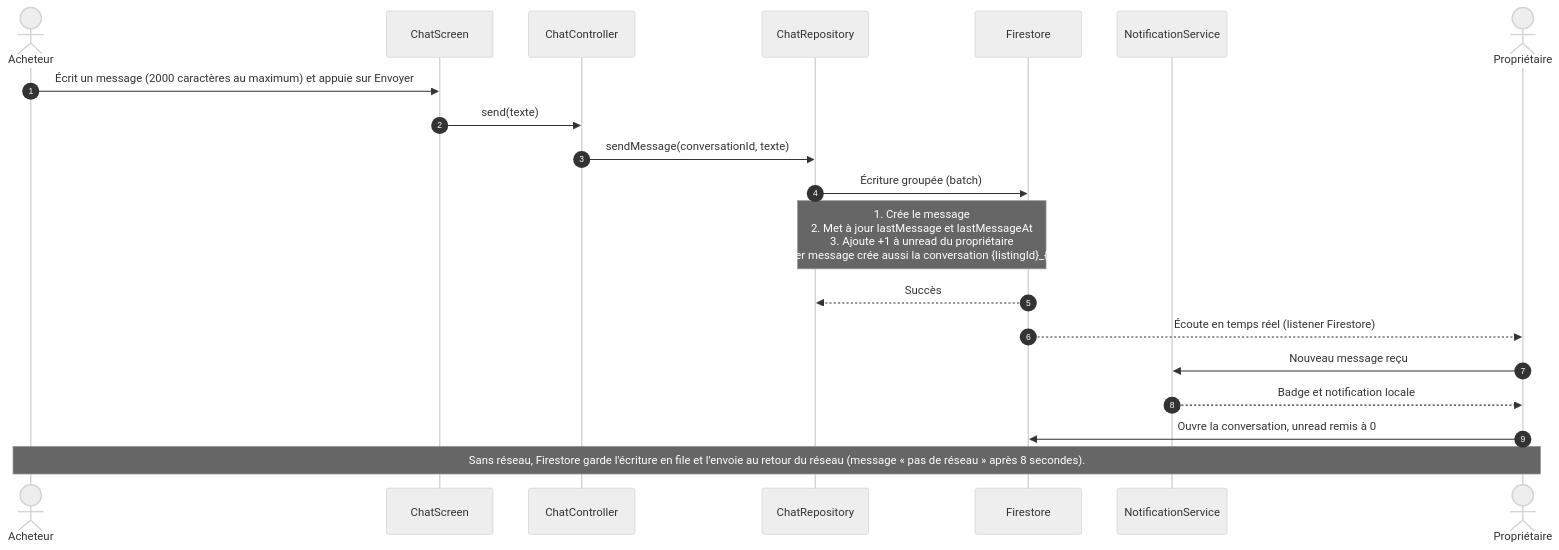
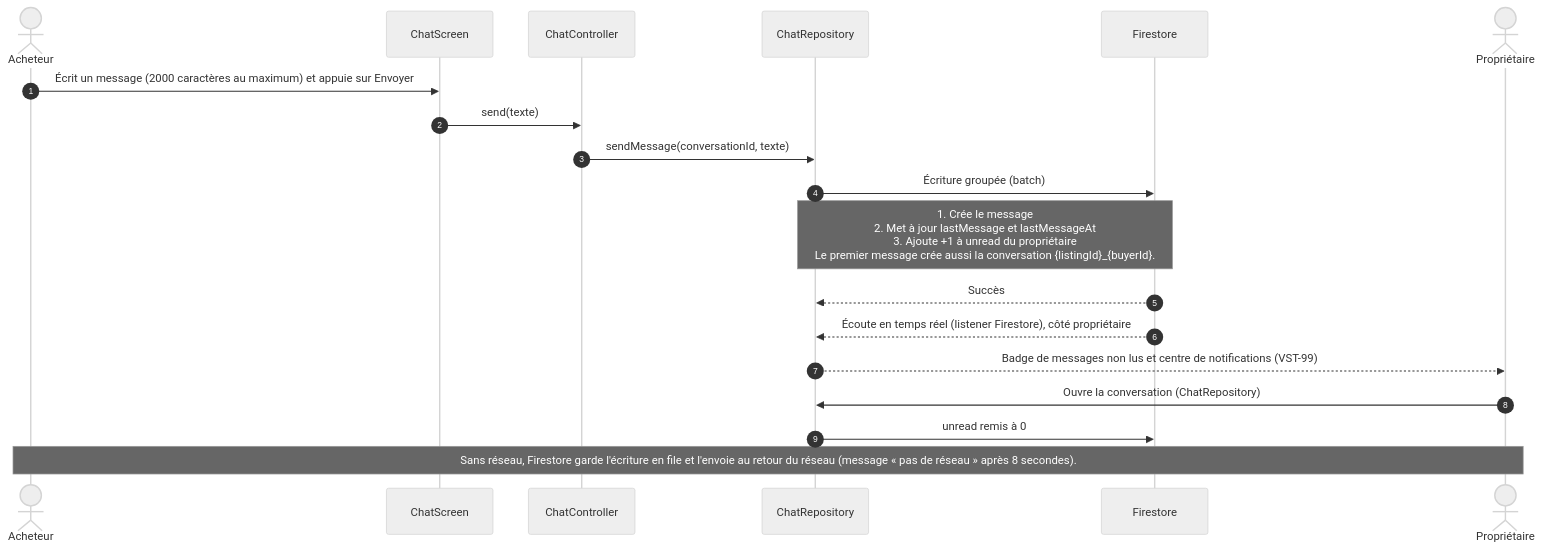
Before and after one commit to saadaouiMahmoud55/vesta: the diagram in docs/uml/sequence-envoyer-message.mmd, drawn with Mermaid (neutral theme). The commit also changed 5 other files, not shown here.

Commit message:
docs: remplace NotificationService par le centre de notifications réel (VST-99), séquence du message via ChatRepository

```diff
--- a/docs/uml/sequence-envoyer-message.mmd
+++ b/docs/uml/sequence-envoyer-message.mmd
@@ -1,21 +1,20 @@
 %% Diagramme de séquence : envoi d'un message dans le chat
 sequenceDiagram
   autonumber
   actor A as Acheteur
   participant S as ChatScreen
   participant C as ChatController
   participant R as ChatRepository
   participant F as Firestore
-  participant NS as NotificationService
   actor O as Propriétaire
   A->>S: Écrit un message (2000 caractères au maximum) et appuie sur Envoyer
   S->>C: send(texte)
   C->>R: sendMessage(conversationId, texte)
   R->>F: Écriture groupée (batch)
   Note over R,F: 1. Crée le message<br/>2. Met à jour lastMessage et lastMessageAt<br/>3. Ajoute +1 à unread du propriétaire<br/>Le premier message crée aussi la conversation {listingId}_{buyerId}.
   F-->>R: Succès
-  F-->>O: Écoute en temps réel (listener Firestore)
-  O->>NS: Nouveau message reçu
-  NS-->>O: Badge et notification locale
-  O->>F: Ouvre la conversation, unread remis à 0
+  F-->>R: Écoute en temps réel (listener Firestore), côté propriétaire
+  R-->>O: Badge de messages non lus et centre de notifications (VST-99)
+  O->>R: Ouvre la conversation (ChatRepository)
+  R->>F: unread remis à 0
   Note over A,O: Sans réseau, Firestore garde l'écriture en file et l'envoie au retour du réseau (message « pas de réseau » après 8 secondes).
```
